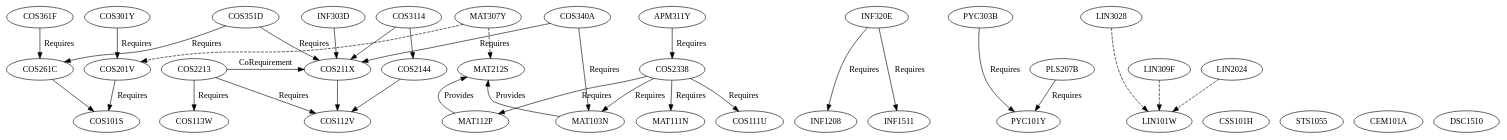
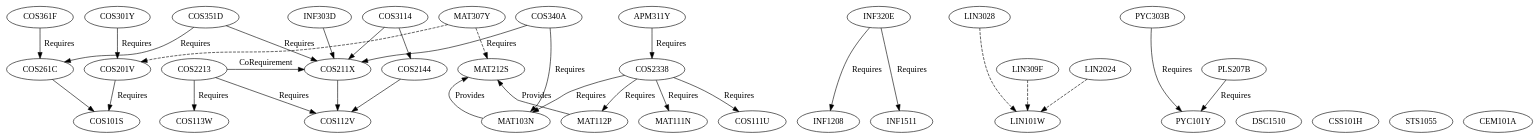
One commit to apauley/RandomHacks changed the diagram in Unisa/ComputationalIntelligence.dot. Above: the diagram before and after it, drawn with Graphviz.

Commit message:
Updated GraphViz graph of Unisa modules

```diff
--- a/Unisa/ComputationalIntelligence.dot
+++ b/Unisa/ComputationalIntelligence.dot
@@ -1,51 +1,45 @@
 digraph ComputationalIntelligence {
-	//L3Compulsory [label="Level 3 Compulsory"]
-	{rank=same; COS301Y INF320E COS351D COS361F PYC303B}
+	{rank=same; COS301Y INF320E COS351D COS361F}
+	{rank=same; COS3114 APM311Y MAT307Y COS340A}
+	{rank=same; INF303D LIN3028 PYC303B}
+  
+	{rank=same; COS201V COS211X COS261C COS2144}
+	{rank=same; COS2213 COS2338 MAT212S}
+	{rank=same; LIN309F LIN2024 PLS207B}
 
-	//L3Optional [label="Level 3 Optional"]
-	{rank=same; COS3114 APM311Y MAT307Y INF303D LIN3028 COS340A}
-  
-	//L2Compulsory [label="Level 2 Compulsory"]
-	{rank=same; COS201V COS211X COS261C COS2144}
-
-	//L2Optional [label="Level 2 Optional"]
-	{rank=same; COS2213 COS2338 MAT212S LIN309F LIN2024 PLS207B}
-
-	//L1Compulsory [label="Level 1 Compulsory"]
-	{rank=same; COS101S COS112V COS113W INF1208 MAT112P MAT111N PYC101Y COS111U CSS101H STS1055 CEM101A}
-
-	//L1Optional [label="Level 1 Optional"]
-	{rank=same; MAT103N DSC1510 LIN101W INF1511}
+	{rank=same; COS101S COS112V COS113W INF1208 MAT112P MAT111N MAT103N PYC101Y COS111U LIN101W INF1511}
+	{rank=same; DSC1510 CSS101H STS1055 CEM101A}
+	{rank=max; DSC1510 COS101S}
 
 	COS301Y -> {COS201V} [label=Requires]
 	INF320E -> {INF1208 INF1511} [label=Requires]
 	COS351D -> {COS211X COS261C} [label=Requires]
 	COS361F -> {COS261C} [label=Requires]
 	PYC303B -> {PYC101Y} [label=Requires]
 
 	COS3114 -> {COS211X COS2144}
 	APM311Y -> {COS2338} [label=Requires]
 	MAT307Y -> {MAT212S COS201V} [style=dashed]
 	INF303D -> {COS211X}
 	LIN3028 -> {LIN101W} [style=dashed]
 	COS340A -> {COS211X MAT103N} [label=Requires]
 
 
 	COS201V -> {COS101S} [label=Requires]
 	COS211X -> {COS112V}
 	COS261C -> {COS101S}
 	COS2144 -> {COS112V}
 
 	{rank=same; COS2213 COS211X}
 	COS2213 -> {COS112V COS113W} [label=Requires]
 	COS2213 -> {COS211X} [label=CoRequirement]
 	COS2338 -> {COS111U MAT103N MAT111N MAT112P} [label=Requires]
 	MAT212S
 	LIN309F -> {LIN101W} [style=dashed]
 	LIN2024 -> {LIN101W} [style=dashed]
 	PLS207B -> {PYC101Y} [label=Requires]
 
 
 	MAT103N -> {MAT212S} [label=Provides]
 	MAT112P -> {MAT212S} [label=Provides]
 }
```
